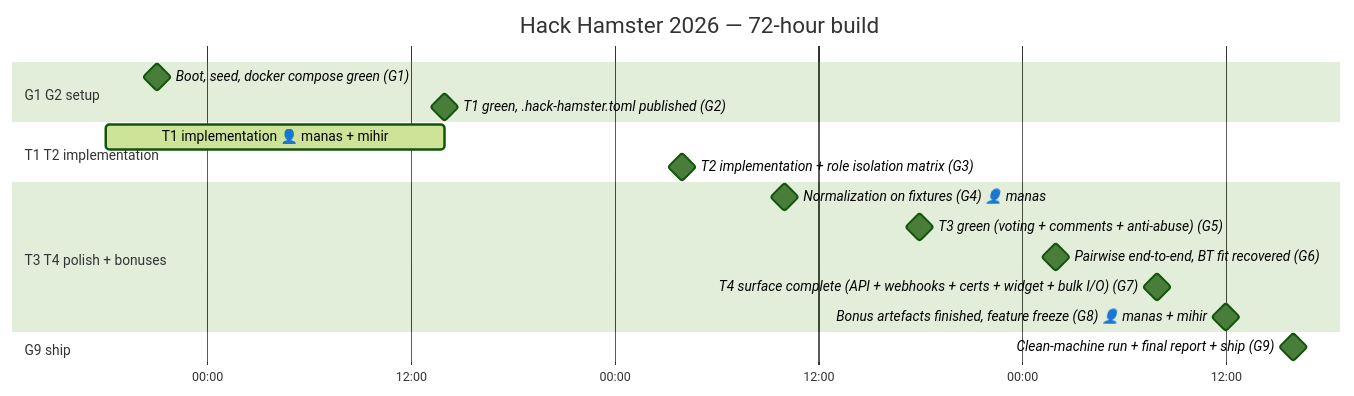
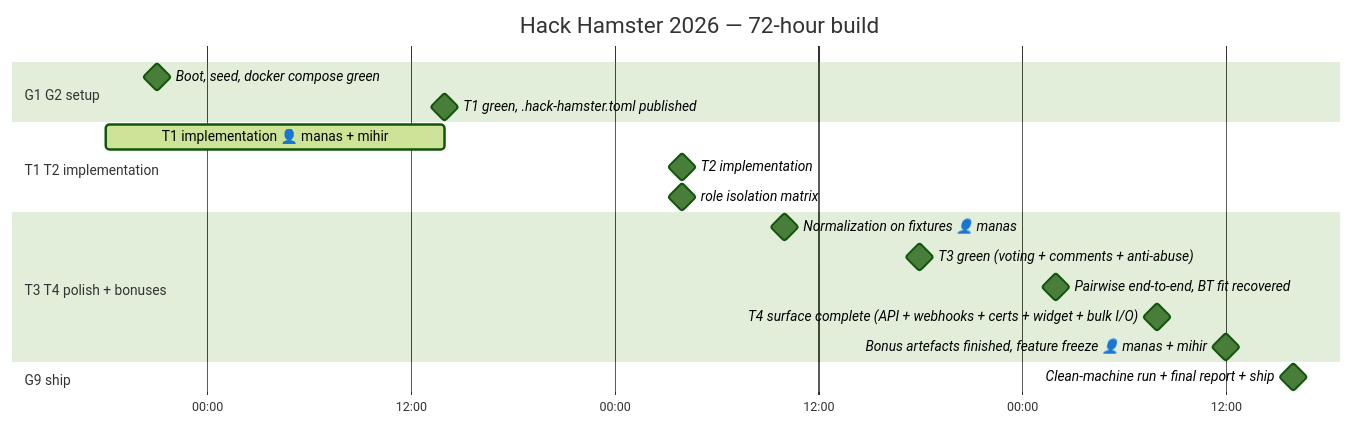
One commit to choksi2212/dogfood-hackathon changed the diagram in docs/PLAN.md. Above: the diagram before and after it, drawn with Mermaid (forest theme). The commit also changed 20 other files, not shown here.

First line of the commit message:
Fix mermaid parse errors across 21 docs

````diff
--- a/docs/PLAN.md
+++ b/docs/PLAN.md
@@ -35,22 +35,23 @@
 ```mermaid
 gantt
     title Hack Hamster 2026 — 72-hour build
     dateFormat  YYYY-MM-DDTHH:mm:ssZ
     axisFormat  %H:%M
     tickInterval 12hour
     %% Sep 26 18:00 UTC → Sep 29 18:00 UTC (H+0 → H+72)
     section G1 G2 setup
-    Boot, seed, docker compose green (G1)   :milestone, m1, 2026-09-26T21:00:00Z, 0m
-    T1 green, .hack-hamster.toml published (G2) :milestone, m2, 2026-09-27T14:00:00Z, 0m
+    Boot, seed, docker compose green     :milestone, g1, 2026-09-26T21:00:00Z, 0m
+    T1 green, .hack-hamster.toml published :milestone, g2, 2026-09-27T14:00:00Z, 0m
     section T1 T2 implementation
     T1 implementation 👤 manas + mihir :active, t1, 2026-09-26T18:00:00Z, 20h
-    T2 implementation + role isolation matrix (G3) :milestone, m3, 2026-09-28T04:00:00Z, 0m
+    T2 implementation :milestone, g3, 2026-09-28T04:00:00Z, 0m
+    role isolation matrix :milestone, g3b, 2026-09-28T04:00:00Z, 0m
     section T3 T4 polish + bonuses
-    Normalization on fixtures (G4) 👤 manas          :milestone, m4, 2026-09-28T10:00:00Z, 0m
-    T3 green (voting + comments + anti-abuse) (G5) :milestone, m5, 2026-09-28T18:00:00Z, 0m
-    Pairwise end-to-end, BT fit recovered (G6)     :milestone, m6, 2026-09-29T02:00:00Z, 0m
-    T4 surface complete (API + webhooks + certs + widget + bulk I/O) (G7) :milestone, m7, 2026-09-29T08:00:00Z, 0m
-    Bonus artefacts finished, feature freeze (G8) 👤 manas + mihir :milestone, m8, 2026-09-29T12:00:00Z, 0m
+    Normalization on fixtures 👤 manas          :milestone, g4, 2026-09-28T10:00:00Z, 0m
+    T3 green (voting + comments + anti-abuse)  :milestone, g5, 2026-09-28T18:00:00Z, 0m
+    Pairwise end-to-end, BT fit recovered     :milestone, g6, 2026-09-29T02:00:00Z, 0m
+    T4 surface complete (API + webhooks + certs + widget + bulk I/O) :milestone, g7, 2026-09-29T08:00:00Z, 0m
+    Bonus artefacts finished, feature freeze 👤 manas + mihir :milestone, g8, 2026-09-29T12:00:00Z, 0m
     section G9 ship
-    Clean-machine run + final report + ship (G9)  :milestone, m9, 2026-09-29T16:00:00Z, 0m
+    Clean-machine run + final report + ship  :milestone, g9, 2026-09-29T16:00:00Z, 0m
 ```
````
